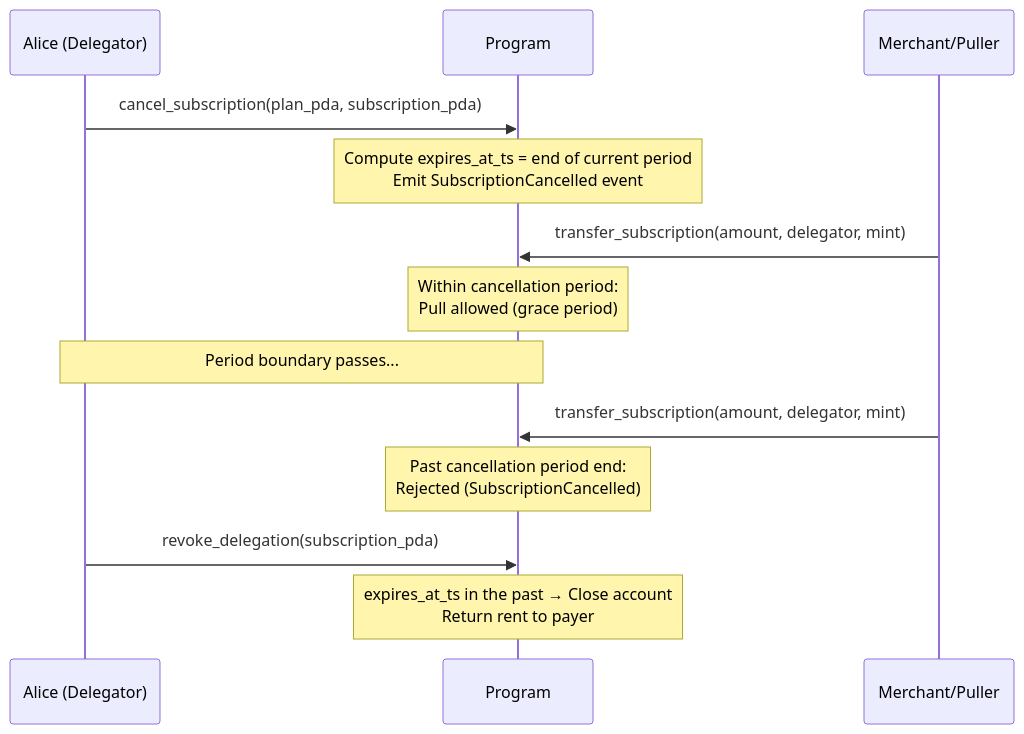
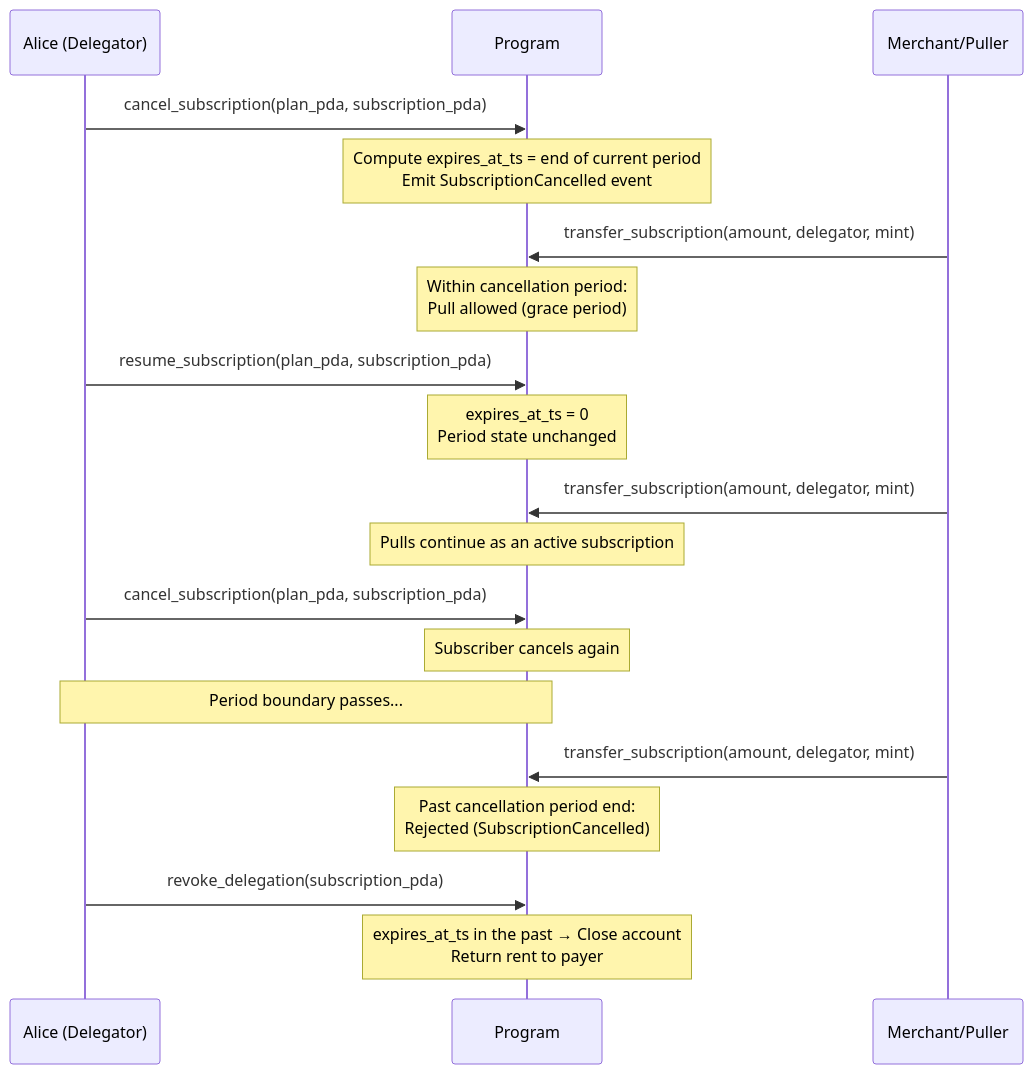
The fifth of 7 diagrams in docs/002-subscriptions-architecture.md (solana-foundation/subscriptions), drawn with Mermaid before and after one commit. The commit also changed other lines of this file and 20 other files, not shown here.

First line of the commit message:
feat(subscription): add resume instruction (#130)

````diff
--- a/docs/002-subscriptions-architecture.md
+++ b/docs/002-subscriptions-architecture.md
@@ -559,20 +592,29 @@
 ```mermaid
 sequenceDiagram
     participant D as Alice (Delegator)
     participant P as Program
     participant X as Merchant/Puller
 
     D->>P: cancel_subscription(plan_pda, subscription_pda)
     Note over P: Compute expires_at_ts = end of current period<br/>Emit SubscriptionCancelled event
 
     X->>P: transfer_subscription(amount, delegator, mint)
     Note over P: Within cancellation period:<br/>Pull allowed (grace period)
 
+    D->>P: resume_subscription(plan_pda, subscription_pda)
+    Note over P: expires_at_ts = 0<br/>Period state unchanged
+
+    X->>P: transfer_subscription(amount, delegator, mint)
+    Note over P: Pulls continue as an active subscription
+
+    D->>P: cancel_subscription(plan_pda, subscription_pda)
+    Note over P: Subscriber cancels again
+
     Note over D,P: Period boundary passes...
 
     X->>P: transfer_subscription(amount, delegator, mint)
     Note over P: Past cancellation period end:<br/>Rejected (SubscriptionCancelled)
 
     D->>P: revoke_delegation(subscription_pda)
     Note over P: expires_at_ts in the past → Close account<br/>Return rent to payer
 ```
````
